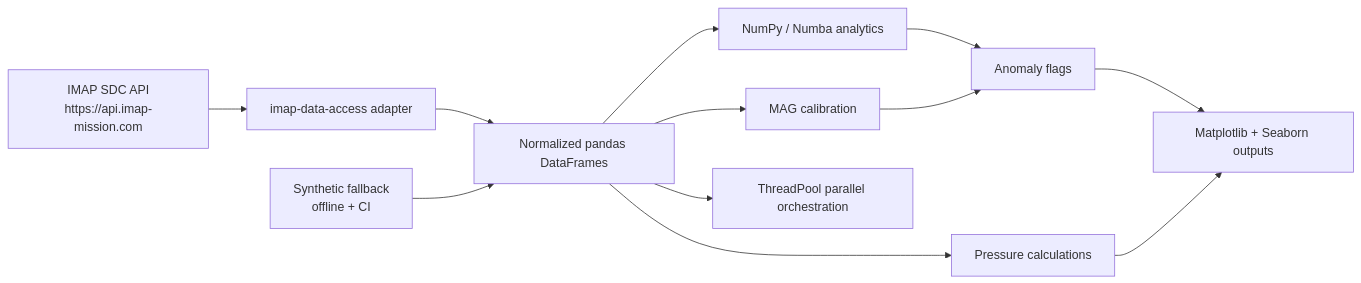
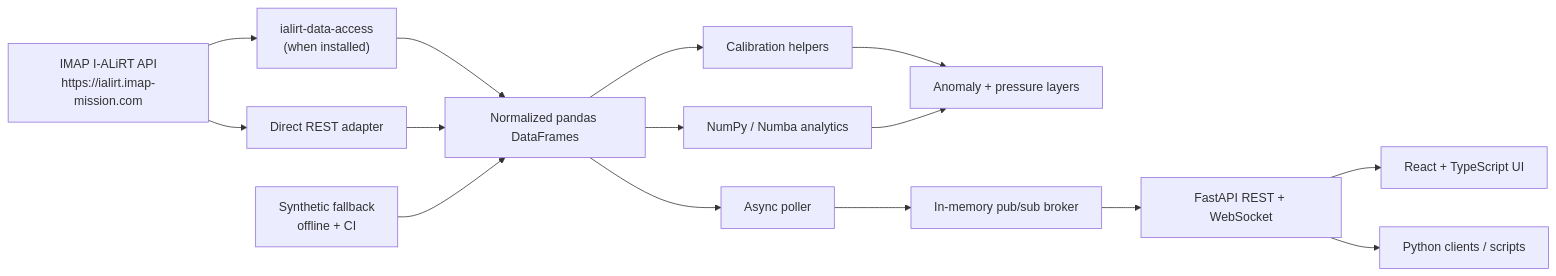
Before and after one commit to Amrutha-J822/IMAP-I-ALiRT-Explorer: the diagram in docs/architecture.md, drawn with Mermaid. The commit also changed other lines of this file and 34 other files, not shown here.

First line of the commit message:
Add live pub/sub backend, React UI, and calibration lab

````diff
--- a/docs/architecture.md
+++ b/docs/architecture.md
@@ -6,14 +9,17 @@
 ```mermaid
 flowchart LR
-    A["IMAP SDC API<br/>https://api.imap-mission.com"] --> B["imap-data-access adapter"]
-    B --> C["Normalized pandas DataFrames"]
-    D["Synthetic fallback<br/>offline + CI"] --> C
-    C --> E["NumPy / Numba analytics"]
-    C --> F["MAG calibration"]
-    E --> G["Anomaly flags"]
-    F --> G
-    C --> H["Pressure calculations"]
-    G --> I["Matplotlib + Seaborn outputs"]
-    H --> I
-    C --> J["ThreadPool parallel orchestration"]
+    A["IMAP I-ALiRT API<br/>https://ialirt.imap-mission.com"] --> B["ialirt-data-access<br/>(when installed)"]
+    A --> C["Direct REST adapter"]
+    B --> D["Normalized pandas DataFrames"]
+    C --> D
+    E["Synthetic fallback<br/>offline + CI"] --> D
+    D --> F["Calibration helpers"]
+    D --> G["NumPy / Numba analytics"]
+    F --> H["Anomaly + pressure layers"]
+    G --> H
+    D --> I["Async poller"]
+    I --> J["In-memory pub/sub broker"]
+    J --> K["FastAPI REST + WebSocket"]
+    K --> L["React + TypeScript UI"]
+    K --> M["Python clients / scripts"]
 ```
````
